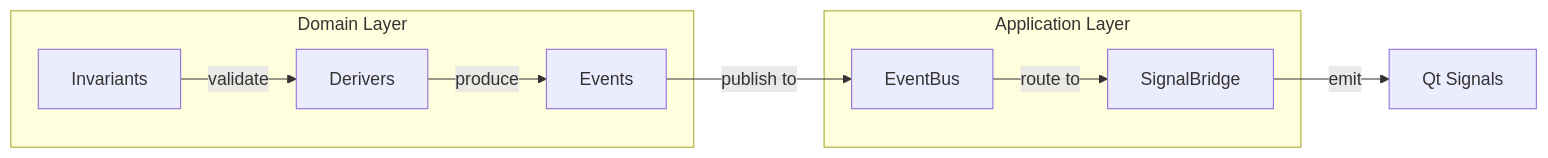
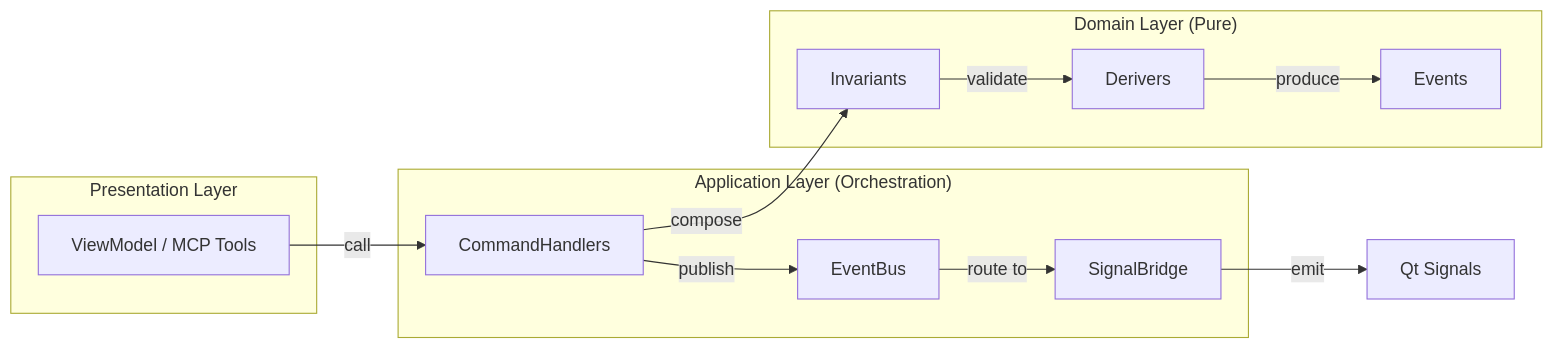
The second of 3 diagrams in docs/tutorials/00-big-picture.md (scope-impact/QualCoder-v2), drawn with Mermaid before and after one commit. The commit also changed other lines of this file and 9 other files, not shown here.

First line of the commit message:
docs(tutorials): align with vertical slice architecture

````diff
--- a/docs/tutorials/00-big-picture.md
+++ b/docs/tutorials/00-big-picture.md
@@ -99,19 +107,26 @@
 ```mermaid
 graph LR
-    subgraph "Domain Layer"
+    subgraph "Domain Layer (Pure)"
         INV[Invariants]
         DER[Derivers]
         EVT[Events]
     end
 
-    subgraph "Application Layer"
+    subgraph "Application Layer (Orchestration)"
+        CH[CommandHandlers]
         BUS[EventBus]
         BRG[SignalBridge]
     end
 
+    subgraph "Presentation Layer"
+        VM[ViewModel / MCP Tools]
+    end
+
+    VM -->|call| CH
+    CH -->|compose| INV
     INV -->|validate| DER
     DER -->|produce| EVT
-    EVT -->|publish to| BUS
+    CH -->|publish| BUS
     BUS -->|route to| BRG
     BRG -->|emit| SIG[Qt Signals]
 ```
````
